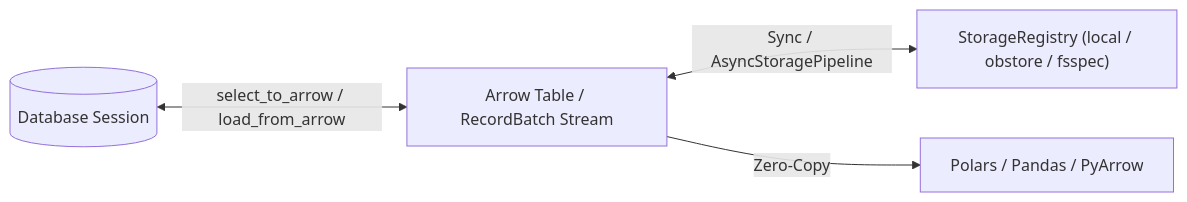
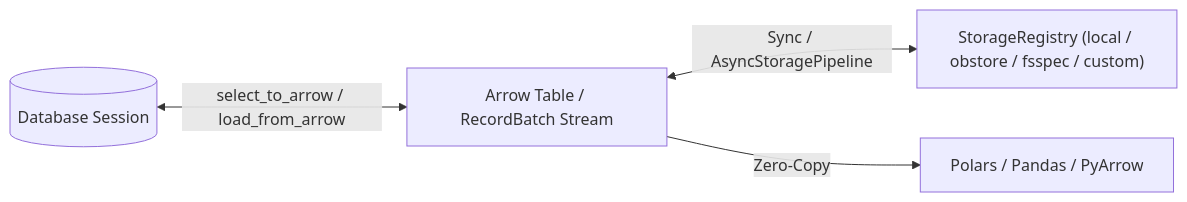
The diagram in docs/learn/arrow-and-storage.md (litestar-org/sqlspec), drawn with Mermaid before and after one commit. The commit also changed other lines of this file and 130 other files, not shown here.

First line of the commit message:
feat(core): custom storage backends, extension helpers, shared dialect dictionaries, and oracle row IDs (#935)

````diff
--- a/docs/learn/arrow-and-storage.md
+++ b/docs/learn/arrow-and-storage.md
@@ -21,6 +21,6 @@
 ```mermaid
 flowchart LR
     DB[("Database Session")] <-->|"select_to_arrow / load_from_arrow"| Arrow["Arrow Table / RecordBatch Stream"]
-    Arrow <-->|"Sync / AsyncStoragePipeline"| Store["StorageRegistry (local / obstore / fsspec)"]
+    Arrow <-->|"Sync / AsyncStoragePipeline"| Store["StorageRegistry (local / obstore / fsspec / custom)"]
     Arrow -->|"Zero-Copy"| DF["Polars / Pandas / PyArrow"]
 ```
````
